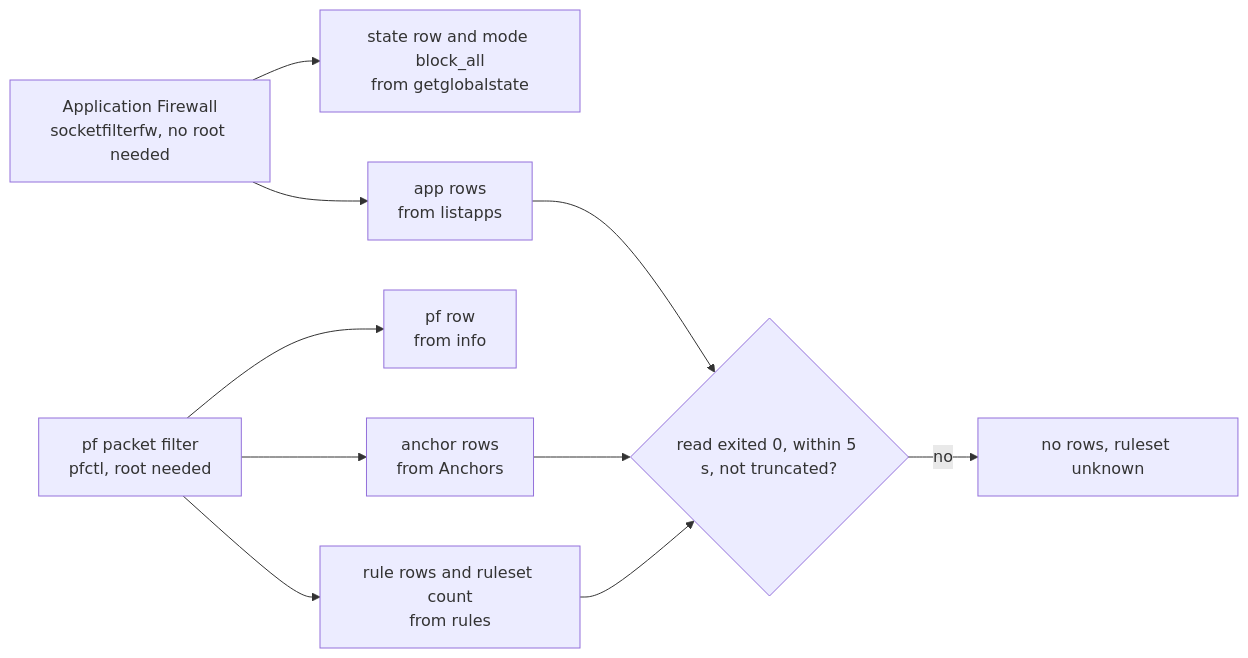
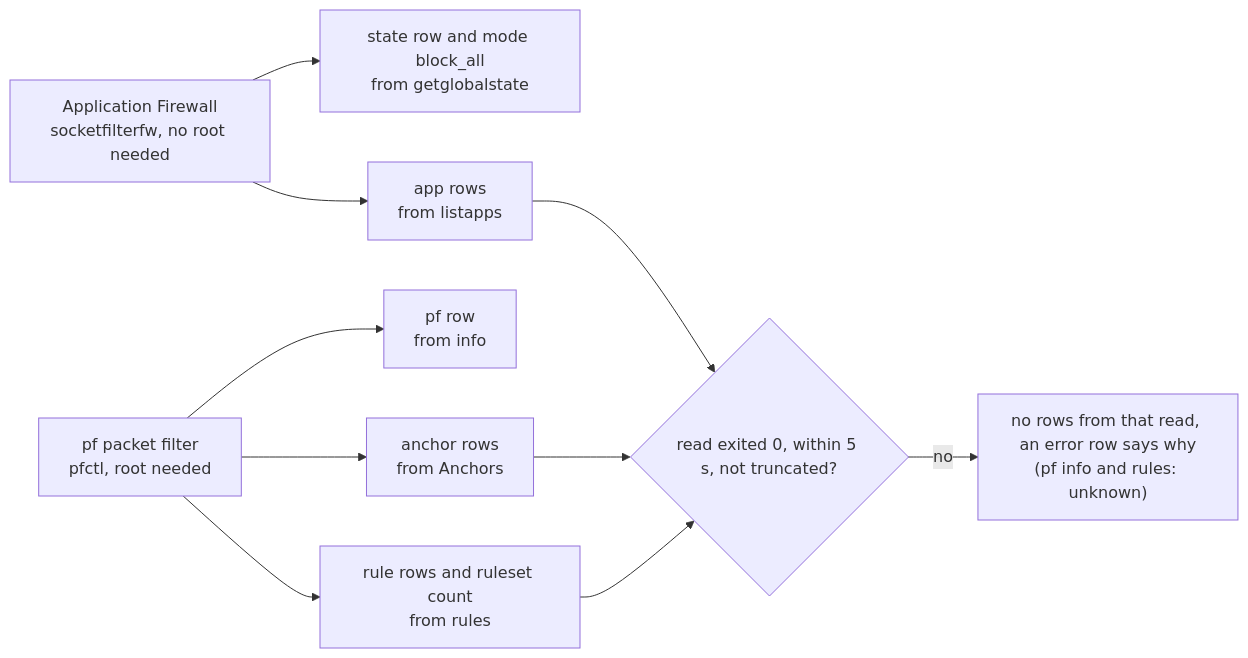
Before and after one commit to DevNullLtd/Yuzu: the fourth of 4 diagrams in agents/plugins/firewall/README.md, drawn with Mermaid. The commit also changed other lines of this file and 28 other files, not shown here.

````diff
--- a/agents/plugins/firewall/README.md
+++ b/agents/plugins/firewall/README.md
@@ -111,14 +111,14 @@
 ```mermaid
 flowchart LR
   ALF["Application Firewall<br/>socketfilterfw, no root needed"]
   PF["pf packet filter<br/>pfctl, root needed"]
   ALF --> ST["state row and mode block_all<br/>from getglobalstate"]
   ALF --> AP["app rows<br/>from listapps"]
   PF --> PS["pf row<br/>from info"]
   PF --> AN["anchor rows<br/>from Anchors"]
   PF --> RL["rule rows and ruleset count<br/>from rules"]
   AP --> OK{"read exited 0, within 5 s, not truncated?"}
   AN --> OK
   RL --> OK
-  OK -- "no" --> UNK["no rows, ruleset unknown"]
+  OK -- "no" --> UNK["no rows from that read, an error row says why<br/>(pf info and rules: unknown)"]
 ```
````
